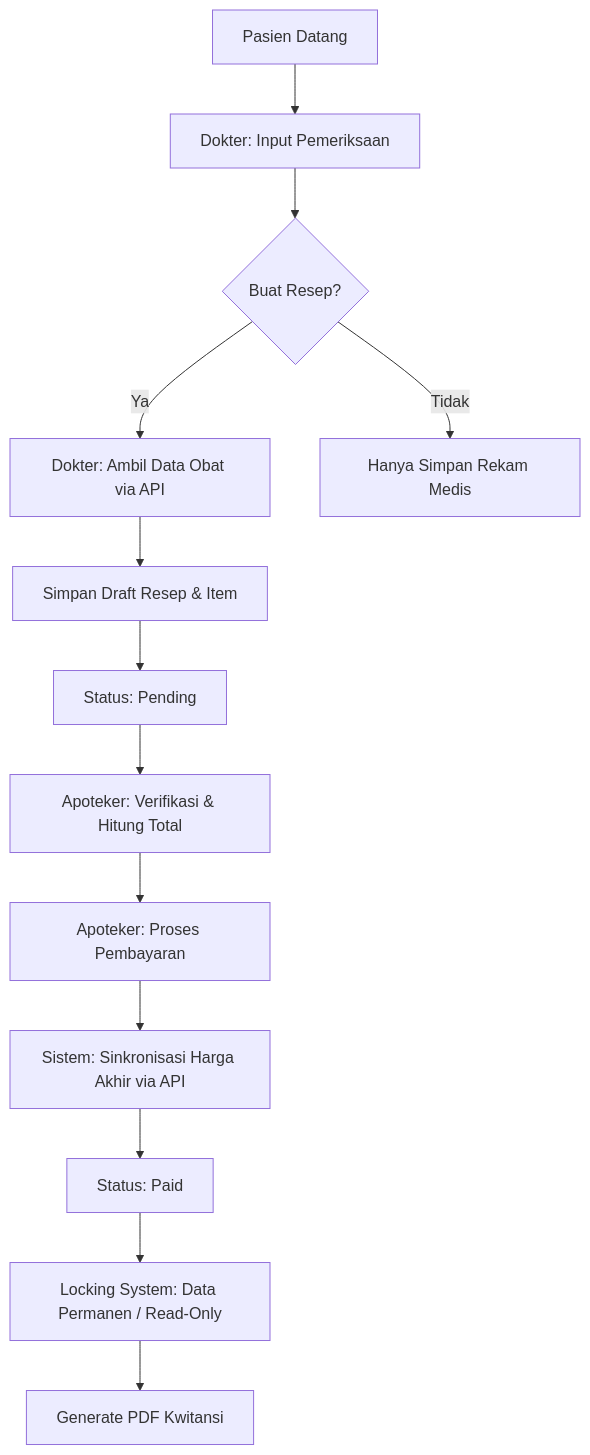
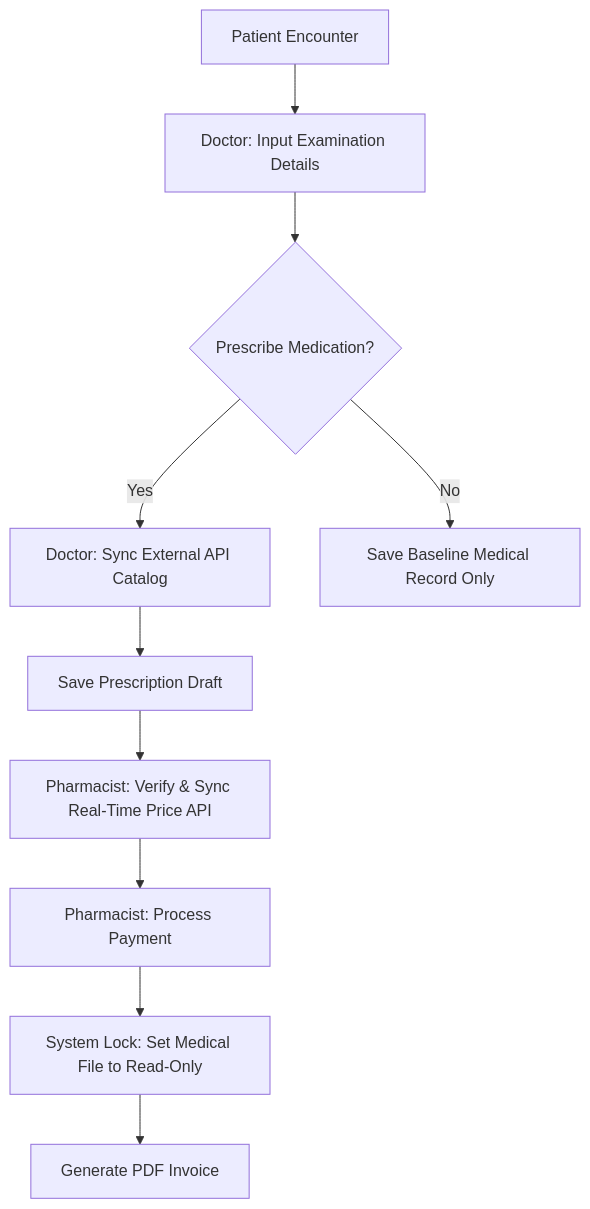
Before and after one commit to sunkcoast/medication-prescribing-web-app: the second of 2 diagrams in README.md, drawn with Mermaid. The commit also changed other lines of this file, not shown here.

````diff
--- a/README.md
+++ b/README.md
@@ -186,15 +52,12 @@
 ```mermaid
 graph TD
-    A[Pasien Datang] --> B[Dokter: Input Pemeriksaan]
-    B --> C{Buat Resep?}
-    C -- Ya --> D[Dokter: Ambil Data Obat via API]
-    D --> E[Simpan Draft Resep & Item]
-    E --> F[Status: Pending]
-    F --> G[Apoteker: Verifikasi & Hitung Total]
-    G --> H[Apoteker: Proses Pembayaran]
-    H --> I[Sistem: Sinkronisasi Harga Akhir via API]
-    I --> J[Status: Paid]
-    J --> K[Locking System: Data Permanen / Read-Only]
-    K --> L[Generate PDF Kwitansi]
-    C -- Tidak --> M[Hanya Simpan Rekam Medis]
+    A[Patient Encounter] --> B[Doctor: Input Examination Details]
+    B --> C{Prescribe Medication?}
+    C -- Yes --> D[Doctor: Sync External API Catalog]
+    D --> E[Save Prescription Draft]
+    E --> F[Pharmacist: Verify & Sync Real-Time Price API]
+    F --> G[Pharmacist: Process Payment]
+    G --> H[System Lock: Set Medical File to Read-Only]
+    H --> I[Generate PDF Invoice]
+    C -- No --> J[Save Baseline Medical Record Only]
 ```
````
